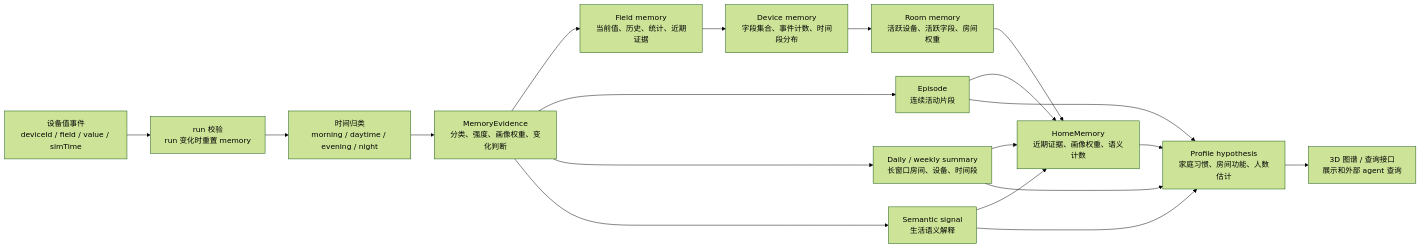
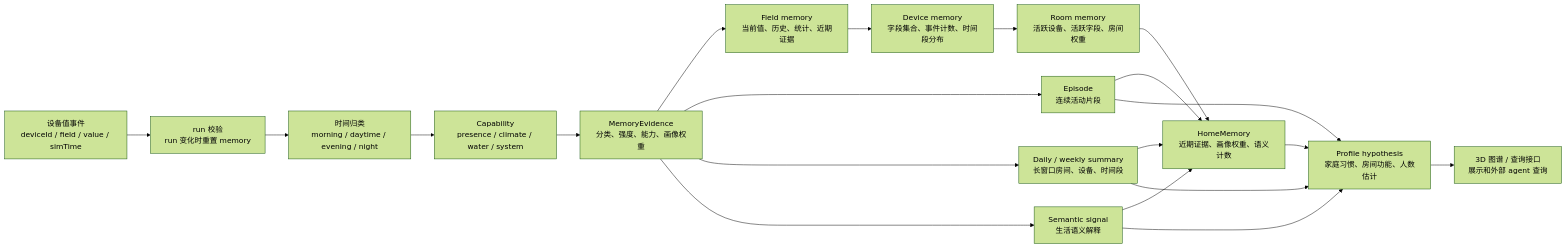
Before and after one commit to SudoJacky/VirtualHome: the diagram in docs/home-memory-processing-flow.md, drawn with Mermaid (forest theme). The commit also changed other lines of this file and 6 other files, not shown here.

First line of the commit message:
Add capability-based home memory episodes

````diff
--- a/docs/home-memory-processing-flow.md
+++ b/docs/home-memory-processing-flow.md
@@ -58,26 +58,27 @@
 ```mermaid
 flowchart LR
   Event["设备值事件<br/>deviceId / field / value / simTime"]
   Run["run 校验<br/>run 变化时重置 memory"]
   Bucket["时间归类<br/>morning / daytime / evening / night"]
-  Evidence["MemoryEvidence<br/>分类、强度、画像权重、变化判断"]
+  Capability["Capability<br/>presence / climate / water / system"]
+  Evidence["MemoryEvidence<br/>分类、强度、能力、画像权重"]
   Field["Field memory<br/>当前值、历史、统计、近期证据"]
   Device["Device memory<br/>字段集合、事件计数、时间段分布"]
   Room["Room memory<br/>活跃设备、活跃字段、房间权重"]
   Episode["Episode<br/>连续活动片段"]
   Summary["Daily / weekly summary<br/>长窗口房间、设备、时间段"]
   Semantic["Semantic signal<br/>生活语义解释"]
   Home["HomeMemory<br/>近期证据、画像权重、语义计数"]
   Profile["Profile hypothesis<br/>家庭习惯、房间功能、人数估计"]
   Views["3D 图谱 / 查询接口<br/>展示和外部 agent 查询"]
 
-  Event --> Run --> Bucket --> Evidence
+  Event --> Run --> Bucket --> Capability --> Evidence
   Evidence --> Field --> Device --> Room --> Home
   Evidence --> Episode --> Home
   Evidence --> Summary --> Home
   Evidence --> Semantic --> Home
   Home --> Profile --> Views
   Semantic --> Profile
   Episode --> Profile
   Summary --> Profile
 ```
````
